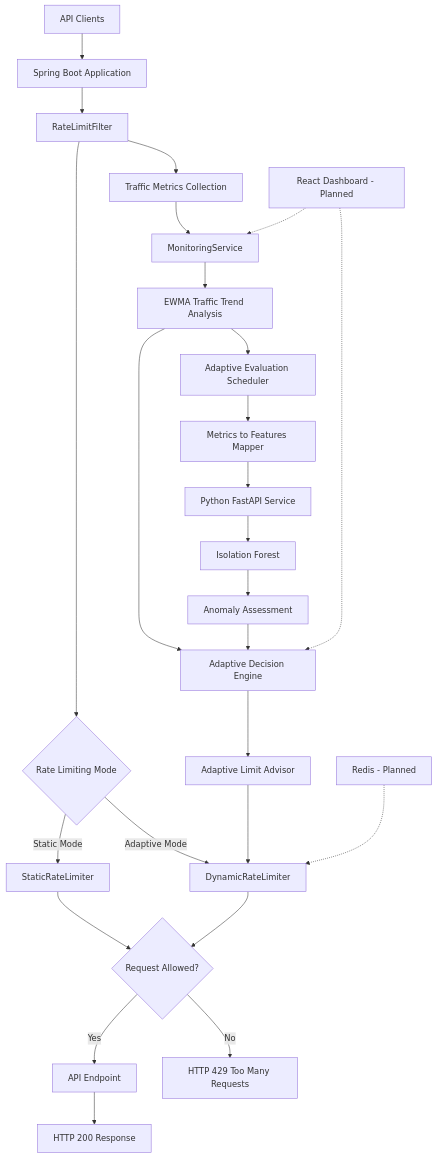
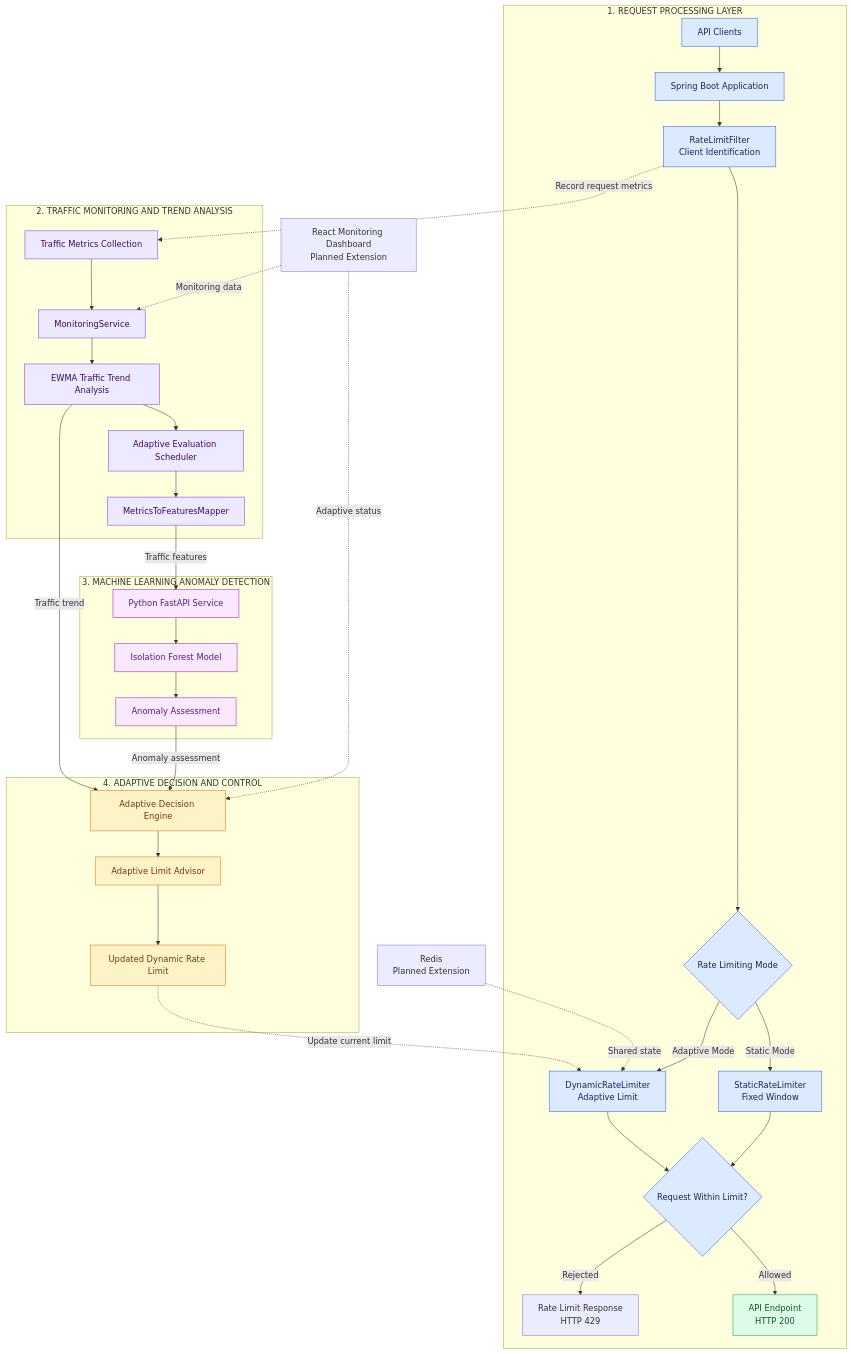
Before and after one commit to pragya638/adaptive-rate-limiter: the diagram in README.md, drawn with Mermaid. The commit also changed other lines of this file, not shown here.

````diff
--- a/README.md
+++ b/README.md
@@ -37,37 +44,74 @@
 ```mermaid
-flowchart TD
-    A["API Clients"] --> B["Spring Boot Application"]
-    B --> C["RateLimitFilter"]
-    C --> D{"Rate Limiting Mode"}
+flowchart TB
 
-    D -->|"Static Mode"| E["StaticRateLimiter"]
-    D -->|"Adaptive Mode"| F["DynamicRateLimiter"]
+    subgraph REQUEST["1. REQUEST PROCESSING LAYER"]
+        A["API Clients"]
+        B["Spring Boot Application"]
+        C["RateLimitFilter<br/>Client Identification"]
+        D{"Rate Limiting Mode"}
+        E["StaticRateLimiter<br/>Fixed Window"]
+        F["DynamicRateLimiter<br/>Adaptive Limit"]
+        G{"Request Within Limit?"}
+        H["API Endpoint<br/>HTTP 200"]
+        I["Rate Limit Response<br/>HTTP 429"]
 
-    E --> G{"Request Allowed?"}
-    F --> G
+        A --> B --> C --> D
+        D -->|"Static Mode"| E
+        D -->|"Adaptive Mode"| F
+        E --> G
+        F --> G
+        G -->|"Allowed"| H
+        G -->|"Rejected"| I
+    end
 
-    G -->|"Yes"| H["API Endpoint"]
-    G -->|"No"| I["HTTP 429 Too Many Requests"]
+    subgraph MONITORING["2. TRAFFIC MONITORING AND TREND ANALYSIS"]
+        J["Traffic Metrics Collection"]
+        K["MonitoringService"]
+        L["EWMA Traffic Trend Analysis"]
+        M["Adaptive Evaluation Scheduler"]
+        N["MetricsToFeaturesMapper"]
 
-    H --> J["HTTP 200 Response"]
+        J --> K --> L --> M --> N
+    end
 
-    C --> K["Traffic Metrics Collection"]
-    K --> L["MonitoringService"]
-    L --> M["EWMA Traffic Trend Analysis"]
+    subgraph ML["3. MACHINE LEARNING ANOMALY DETECTION"]
+        O["Python FastAPI Service"]
+        P["Isolation Forest Model"]
+        Q["Anomaly Assessment"]
 
-    M --> N["Adaptive Evaluation Scheduler"]
-    N --> O["Metrics to Features Mapper"]
-    O --> P["Python FastAPI Service"]
-    P --> Q["Isolation Forest"]
-    Q --> R["Anomaly Assessment"]
+        O --> P --> Q
+    end
 
-    M --> S["Adaptive Decision Engine"]
-    R --> S
+    subgraph ADAPTIVE["4. ADAPTIVE DECISION AND CONTROL"]
+        R["Adaptive Decision Engine"]
+        S["Adaptive Limit Advisor"]
+        T["Updated Dynamic Rate Limit"]
 
-    S --> T["Adaptive Limit Advisor"]
-    T --> F
+        R --> S --> T
+    end
 
-    U["Redis - Planned"] -.-> F
-    V["React Dashboard - Planned"] -.-> L
-    V -.-> S
+    C -.->|"Record request metrics"| J
+    N -->|"Traffic features"| O
+    L -->|"Traffic trend"| R
+    Q -->|"Anomaly assessment"| R
+    T -.->|"Update current limit"| F
+
+    U["Redis<br/>Planned Extension"]
+    V["React Monitoring Dashboard<br/>Planned Extension"]
+
+    U -.->|"Shared state"| F
+    V -.->|"Monitoring data"| K
+    V -.->|"Adaptive status"| R
+
+    classDef request fill:#dbeafe,stroke:#2563eb,color:#172554
+    classDef monitoring fill:#ede9fe,stroke:#7c3aed,color:#3b0764
+    classDef machine fill:#fae8ff,stroke:#a21caf,color:#581c87
+    classDef adaptive fill:#fef3c7,stroke:#d97706,color:#78350f
+    classDef output fill:#dcfce7,stroke:#16a34a,color:#14532d
+
+    class A,B,C,D,E,F,G request
+    class J,K,L,M,N monitoring
+    class O,P,Q machine
+    class R,S,T adaptive
+    class H output
 ```
````
